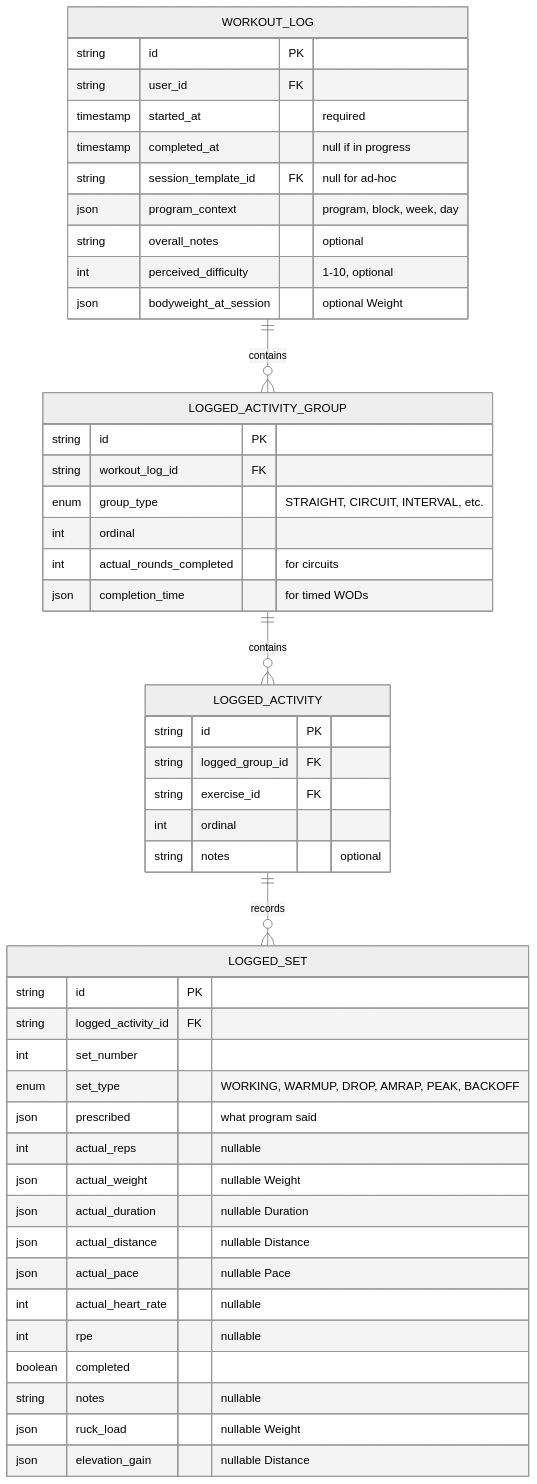
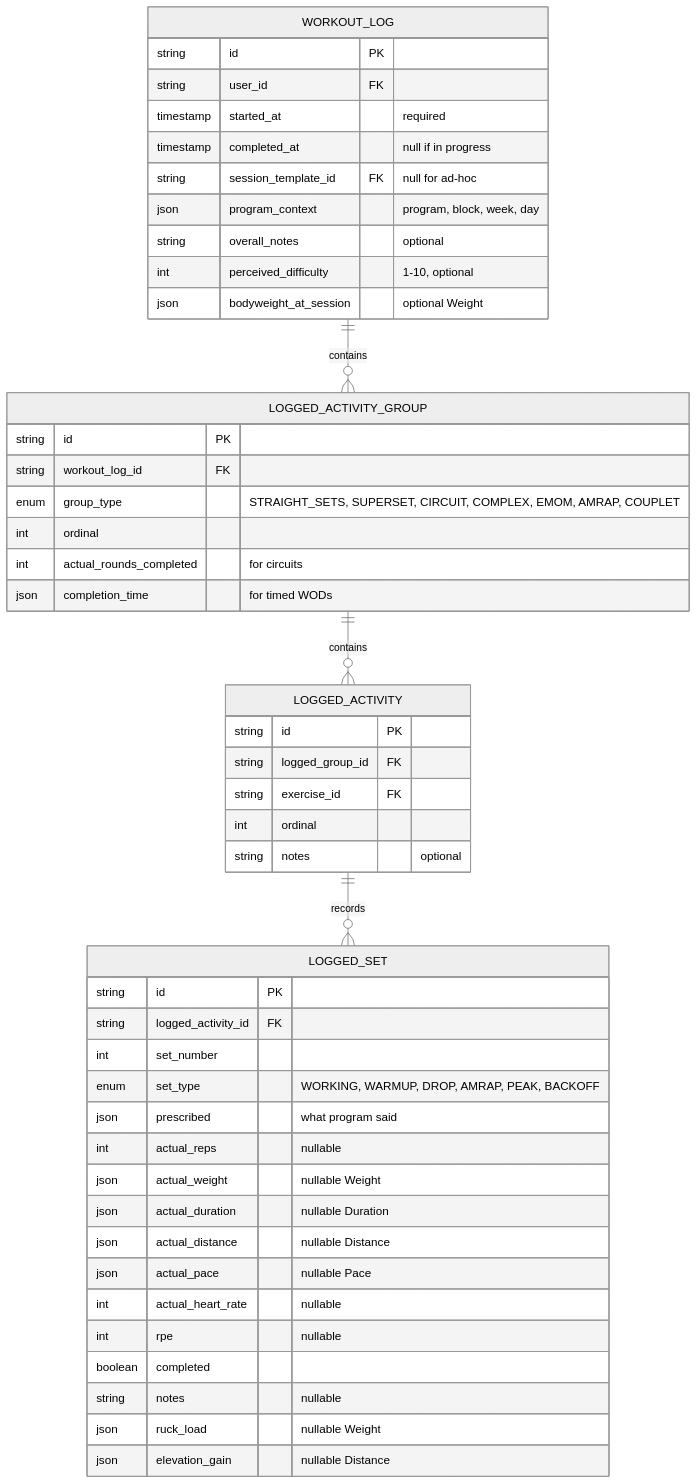
One commit to rghsoftware/ardent-forge changed the seventh of 17 diagrams in docs/05-domain-model.md. Above: the diagram before and after it, drawn with Mermaid (neutral theme). The commit also changed other lines of this file and 16 other files, not shown here.

````diff
--- a/docs/05-domain-model.md
+++ b/docs/05-domain-model.md
@@ -296,54 +296,54 @@
 ```mermaid
 erDiagram
     WORKOUT_LOG {
         string id PK
         string user_id FK
         timestamp started_at "required"
         timestamp completed_at "null if in progress"
         string session_template_id FK "null for ad-hoc"
         json program_context "program, block, week, day"
         string overall_notes "optional"
         int perceived_difficulty "1-10, optional"
         json bodyweight_at_session "optional Weight"
     }
-    
+
     LOGGED_ACTIVITY_GROUP {
         string id PK
         string workout_log_id FK
-        enum group_type "STRAIGHT, CIRCUIT, INTERVAL, etc."
+        enum group_type "STRAIGHT_SETS, SUPERSET, CIRCUIT, COMPLEX, EMOM, AMRAP, COUPLET"
         int ordinal
         int actual_rounds_completed "for circuits"
         json completion_time "for timed WODs"
     }
-    
+
     LOGGED_ACTIVITY {
         string id PK
         string logged_group_id FK
         string exercise_id FK
         int ordinal
         string notes "optional"
     }
-    
+
     LOGGED_SET {
         string id PK
         string logged_activity_id FK
         int set_number
         enum set_type "WORKING, WARMUP, DROP, AMRAP, PEAK, BACKOFF"
         json prescribed "what program said"
         int actual_reps "nullable"
         json actual_weight "nullable Weight"
         json actual_duration "nullable Duration"
         json actual_distance "nullable Distance"
         json actual_pace "nullable Pace"
         int actual_heart_rate "nullable"
         int rpe "nullable"
         boolean completed
         string notes "nullable"
         json ruck_load "nullable Weight"
         json elevation_gain "nullable Distance"
     }
-    
+
     WORKOUT_LOG ||--o{ LOGGED_ACTIVITY_GROUP : "contains"
     LOGGED_ACTIVITY_GROUP ||--o{ LOGGED_ACTIVITY : "contains"
     LOGGED_ACTIVITY ||--o{ LOGGED_SET : "records"
 ```
````
